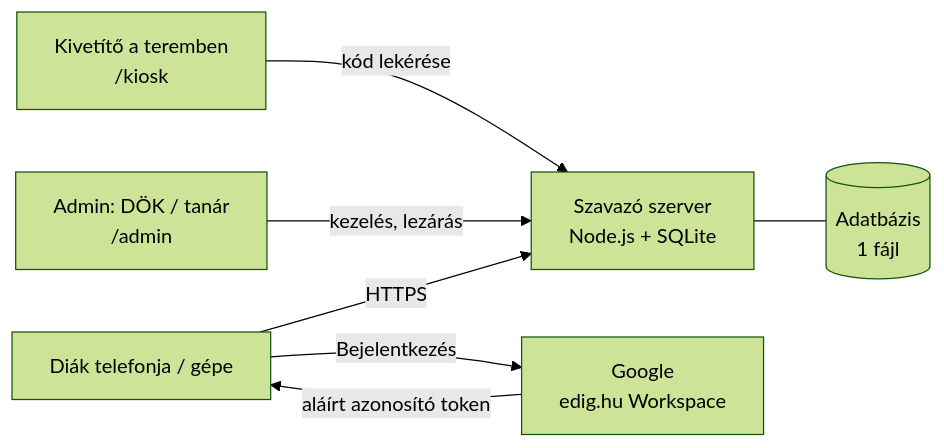
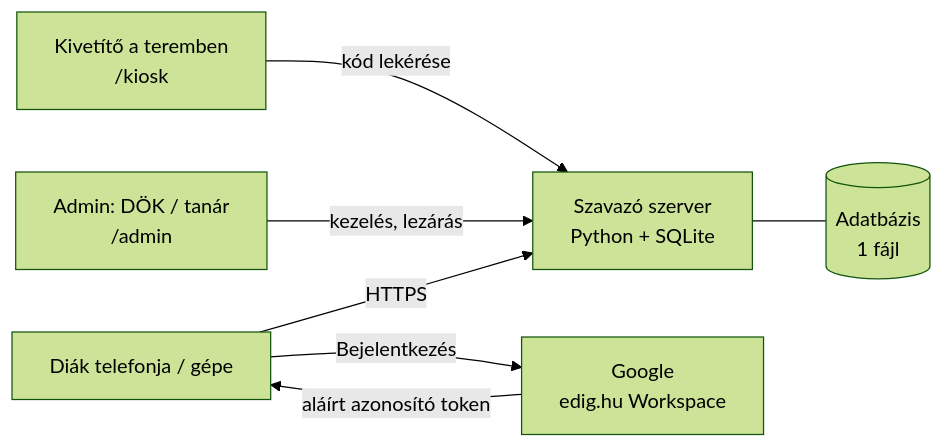
One commit to JardanMilan/edig-vote changed the first of 2 diagrams in docs/RENDSZERLEIRAS.md. Above: the diagram before and after it, drawn with Mermaid (forest theme). The commit also changed other lines of this file and 38 other files, not shown here.

First line of the commit message:
Szerver átírása Pythonra (Flask + sqlite3)

````diff
--- a/docs/RENDSZERLEIRAS.md
+++ b/docs/RENDSZERLEIRAS.md
@@ -41,9 +41,9 @@
 ```mermaid
 flowchart LR
-    D[Diák telefonja / gépe] -- HTTPS --> S[Szavazó szerver<br/>Node.js + SQLite]
+    D[Diák telefonja / gépe] -- HTTPS --> S[Szavazó szerver<br/>Python + SQLite]
     D -- Bejelentkezés --> G[Google<br/>edig.hu Workspace]
     G -- aláírt azonosító token --> D
     K[Kivetítő a teremben<br/>/kiosk] -- kód lekérése --> S
     A[Admin: DÖK / tanár<br/>/admin] -- kezelés, lezárás --> S
     S --- DB[(Adatbázis<br/>1 fájl)]
 ```
````
